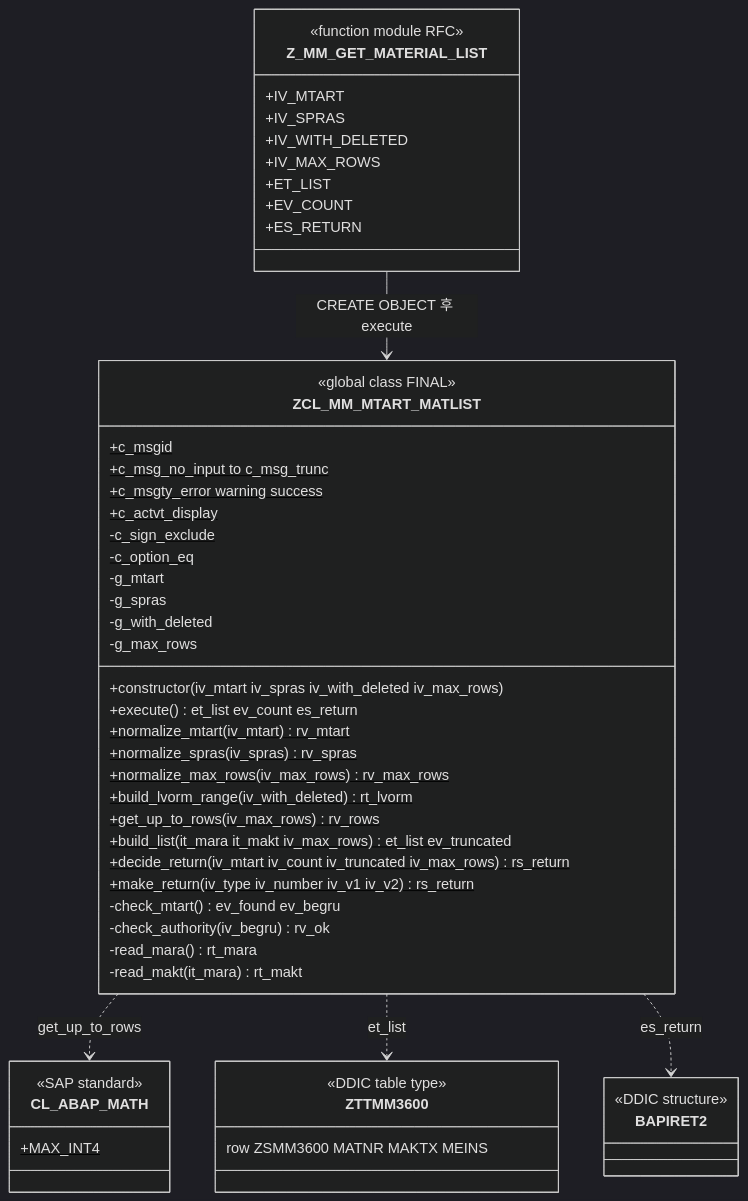
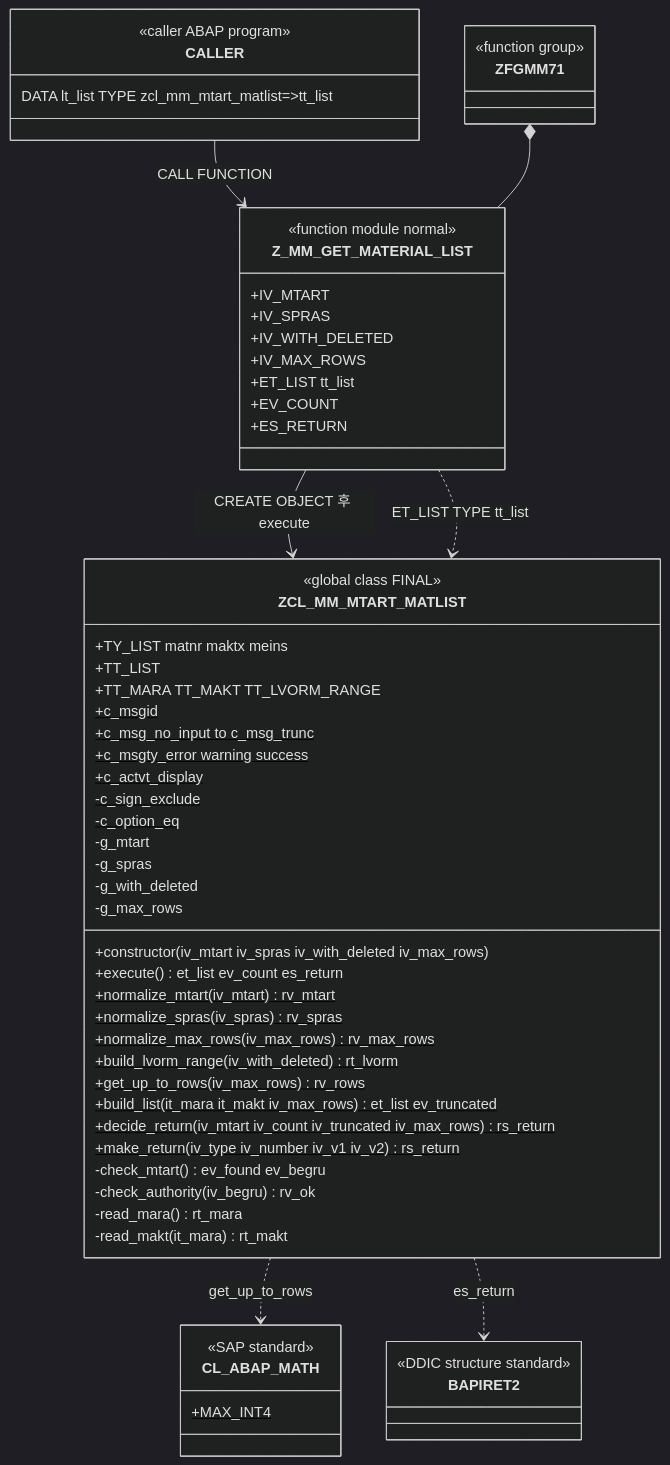
The first of 3 diagrams in work/20261119-f26e72/03_development.md (sunguphong/devsap), drawn with Mermaid (dark theme) before and after one commit. The commit also changed other lines of this file and 12 other files, not shown here.

````diff
--- a/work/20261119-f26e72/03_development.md
+++ b/work/20261119-f26e72/03_development.md
@@ -26,55 +33,63 @@
 ```mermaid
 classDiagram
+  class CALLER {
+    <<caller ABAP program>>
+    DATA lt_list TYPE zcl_mm_mtart_matlist=>tt_list
+  }
+  class ZFGMM71 {
+    <<function group>>
+  }
   class Z_MM_GET_MATERIAL_LIST {
-    <<function module RFC>>
+    <<function module normal>>
     +IV_MTART
     +IV_SPRAS
     +IV_WITH_DELETED
     +IV_MAX_ROWS
-    +ET_LIST
+    +ET_LIST tt_list
     +EV_COUNT
     +ES_RETURN
   }
   class ZCL_MM_MTART_MATLIST {
     <<global class FINAL>>
+    +TY_LIST matnr maktx meins
+    +TT_LIST
+    +TT_MARA TT_MAKT TT_LVORM_RANGE
     +c_msgid$
     +c_msg_no_input to c_msg_trunc$
     +c_msgty_error warning success$
     +c_actvt_display$
     -c_sign_exclude$
     -c_option_eq$
     -g_mtart
     -g_spras
     -g_with_deleted
     -g_max_rows
     +constructor(iv_mtart iv_spras iv_with_deleted iv_max_rows)
     +execute() et_list ev_count es_return
     +normalize_mtart(iv_mtart)$ rv_mtart
     +normalize_spras(iv_spras)$ rv_spras
     +normalize_max_rows(iv_max_rows)$ rv_max_rows
     +build_lvorm_range(iv_with_deleted)$ rt_lvorm
     +get_up_to_rows(iv_max_rows)$ rv_rows
     +build_list(it_mara it_makt iv_max_rows)$ et_list ev_truncated
     +decide_return(iv_mtart iv_count iv_truncated iv_max_rows)$ rs_return
     +make_return(iv_type iv_number iv_v1 iv_v2)$ rs_return
     -check_mtart() ev_found ev_begru
     -check_authority(iv_begru) rv_ok
     -read_mara() rt_mara
     -read_makt(it_mara) rt_makt
   }
   class CL_ABAP_MATH {
     <<SAP standard>>
     +MAX_INT4$
   }
-  class ZTTMM3600 {
-    <<DDIC table type>>
-    row ZSMM3600 MATNR MAKTX MEINS
+  class BAPIRET2 {
+    <<DDIC structure standard>>
   }
-  class BAPIRET2 {
-    <<DDIC structure>>
-  }
+  CALLER --> Z_MM_GET_MATERIAL_LIST : CALL FUNCTION
+  ZFGMM71 *-- Z_MM_GET_MATERIAL_LIST
   Z_MM_GET_MATERIAL_LIST --> ZCL_MM_MTART_MATLIST : CREATE OBJECT 후 execute
+  Z_MM_GET_MATERIAL_LIST ..> ZCL_MM_MTART_MATLIST : ET_LIST TYPE tt_list
   ZCL_MM_MTART_MATLIST ..> CL_ABAP_MATH : get_up_to_rows
-  ZCL_MM_MTART_MATLIST ..> ZTTMM3600 : et_list
   ZCL_MM_MTART_MATLIST ..> BAPIRET2 : es_return
 ```
````
